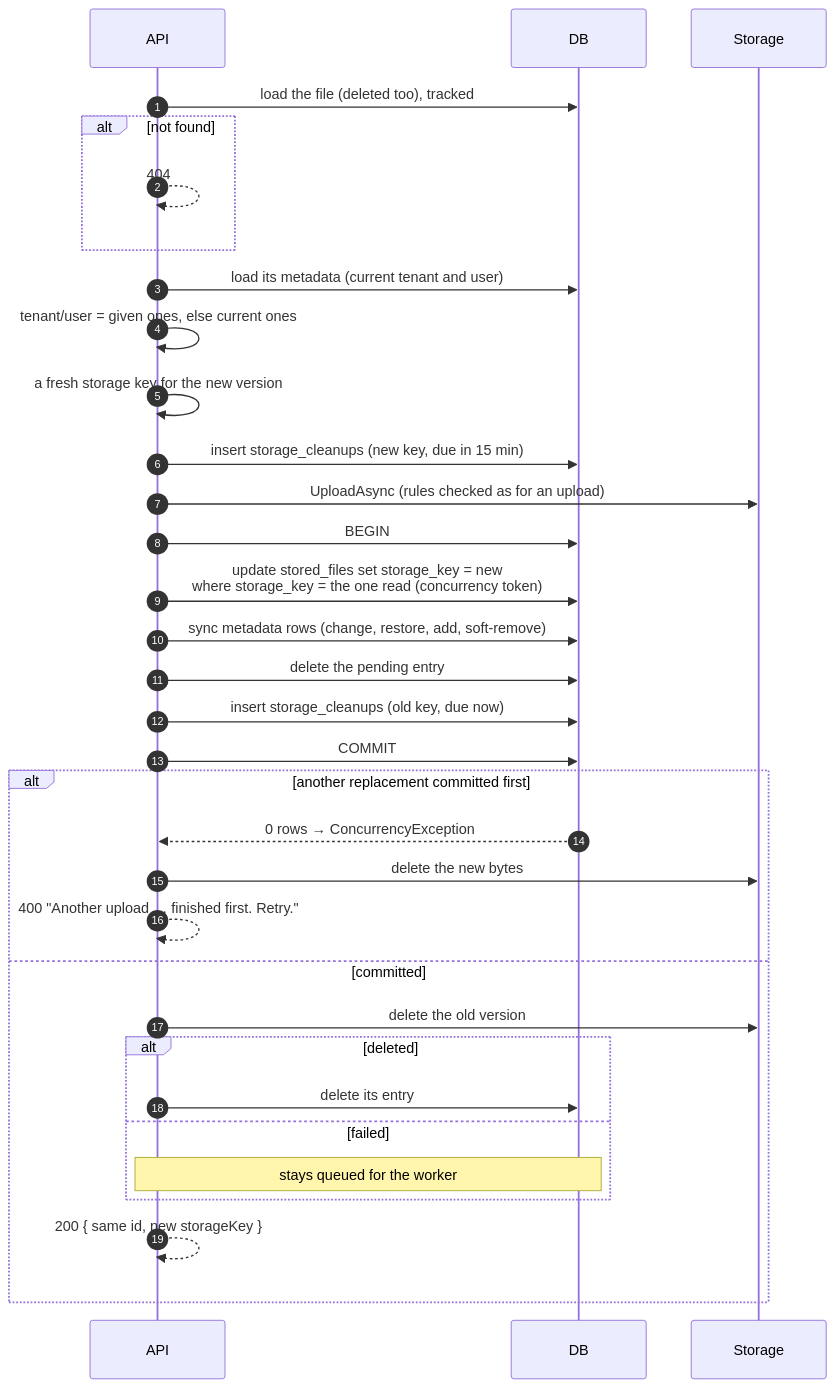
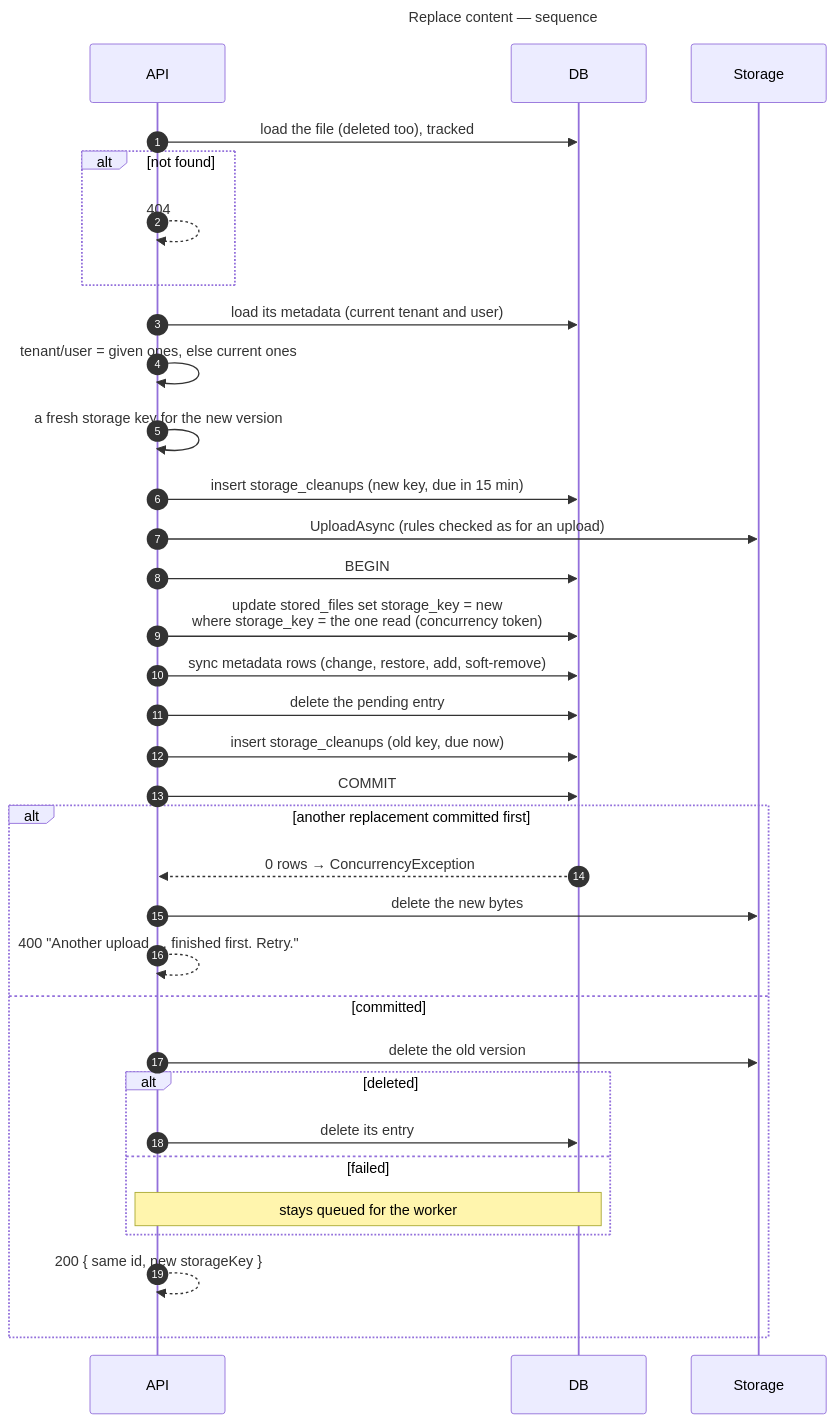
Before and after one commit to gmetskhvarishvili/GM.FileStorage.Samples: the fourth of 14 diagrams in docs/sequence-diagrams.md, drawn with Mermaid. The commit also changed other lines of this file and 7 other files, not shown here.

First line of the commit message:
docs: name every diagram "subject — kind" and index them

````diff
--- a/docs/sequence-diagrams.md
+++ b/docs/sequence-diagrams.md
@@ -130,36 +137,39 @@
 ```mermaid
+---
+title: Replace content — sequence
+---
 sequenceDiagram
     autonumber
     participant API
     participant DB
     participant S as Storage
 
     API->>DB: load the file (deleted too), tracked
     alt not found
         API-->>API: 404
     end
     API->>DB: load its metadata (current tenant and user)
     API->>API: tenant/user = given ones, else current ones
     API->>API: a fresh storage key for the new version
     API->>DB: insert storage_cleanups (new key, due in 15 min)
     API->>S: UploadAsync (rules checked as for an upload)
     API->>DB: BEGIN
     API->>DB: update stored_files set storage_key = new<br/>where storage_key = the one read (concurrency token)
     API->>DB: sync metadata rows (change, restore, add, soft-remove)
     API->>DB: delete the pending entry
     API->>DB: insert storage_cleanups (old key, due now)
     API->>DB: COMMIT
     alt another replacement committed first
         DB-->>API: 0 rows → ConcurrencyException
         API->>S: delete the new bytes
         API-->>API: 400 "Another upload … finished first. Retry."
     else committed
         API->>S: delete the old version
         alt deleted
             API->>DB: delete its entry
         else failed
             Note over API,DB: stays queued for the worker
         end
         API-->>API: 200 { same id, new storageKey }
     end
 ```
````
